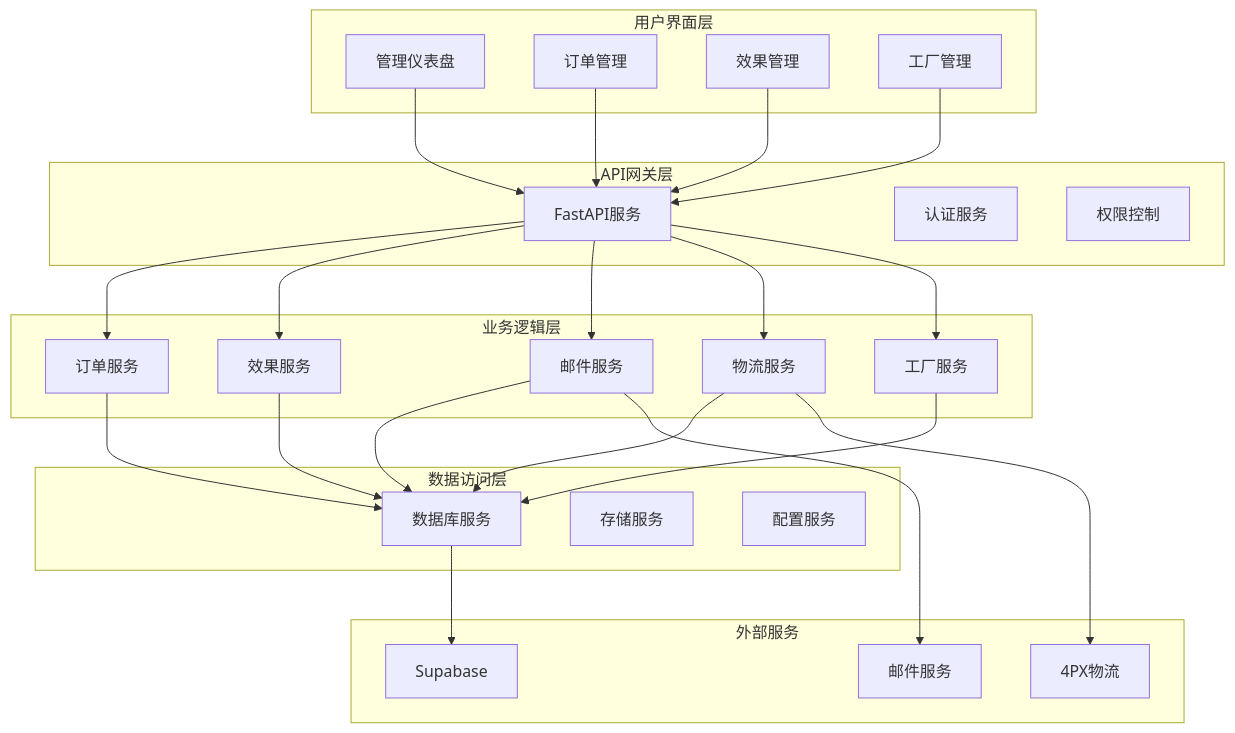
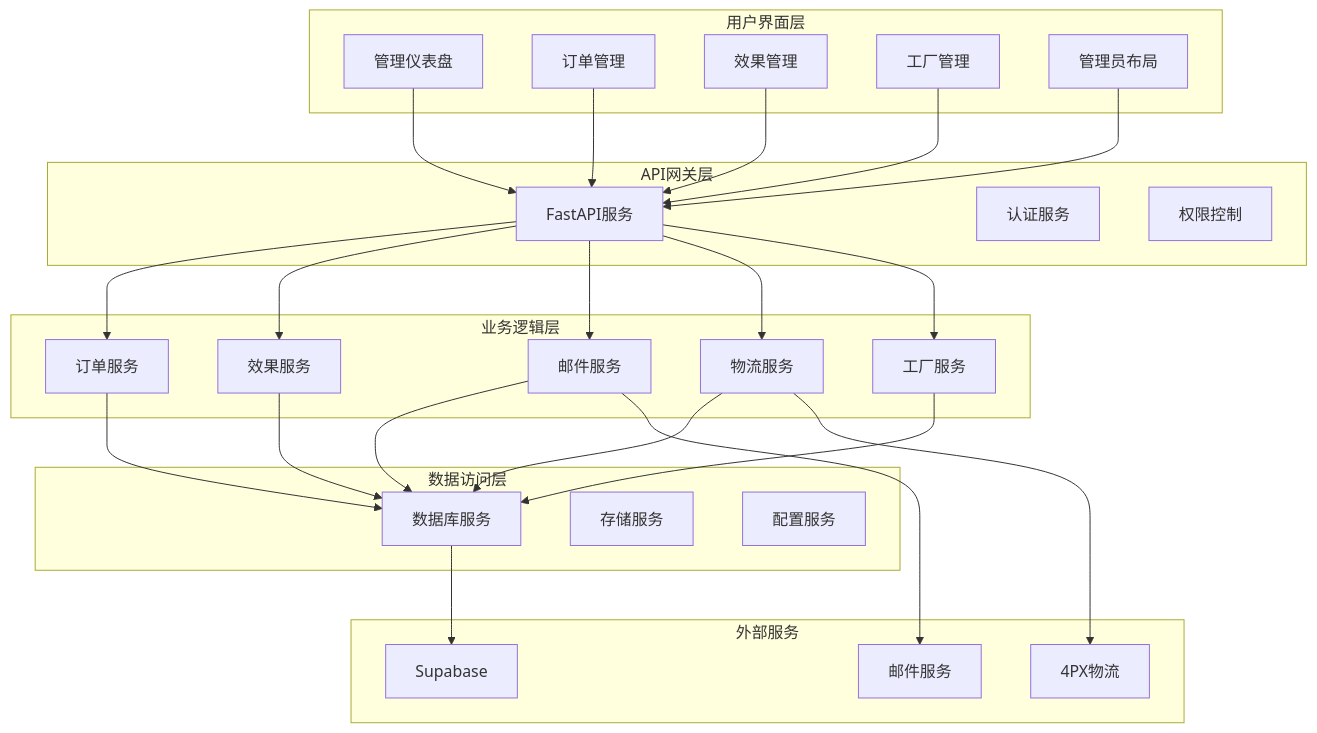
One commit to SY6621/POD-Order-Management changed the fifth of 18 diagrams in .qoder/repowiki/zh/content/开发指南/管理面板功能增强.md. Above: the diagram before and after it, drawn with Mermaid. The commit also changed other lines of this file and 18 other files, not shown here.

````diff
--- a/.qoder/repowiki/zh/content/开发指南/管理面板功能增强.md
+++ b/.qoder/repowiki/zh/content/开发指南/管理面板功能增强.md
@@ -214,48 +234,50 @@
 ```mermaid
 graph TB
 subgraph "用户界面层"
 UI1[管理仪表盘]
 UI2[订单管理]
 UI3[效果管理]
 UI4[工厂管理]
+UI5[管理员布局]
 end
 subgraph "API网关层"
 API1[FastAPI服务]
 API2[认证服务]
 API3[权限控制]
 end
 subgraph "业务逻辑层"
 BL1[订单服务]
 BL2[效果服务]
 BL3[邮件服务]
 BL4[物流服务]
 BL5[工厂服务]
 end
 subgraph "数据访问层"
 DA1[数据库服务]
 DA2[存储服务]
 DA3[配置服务]
 end
 subgraph "外部服务"
 ES1[4PX物流]
 ES2[Supabase]
 ES3[邮件服务]
 end
 UI1 --> API1
 UI2 --> API1
 UI3 --> API1
 UI4 --> API1
+UI5 --> API1
 API1 --> BL1
 API1 --> BL2
 API1 --> BL3
 API1 --> BL4
 API1 --> BL5
 BL1 --> DA1
 BL2 --> DA1
 BL3 --> DA1
 BL4 --> DA1
 BL5 --> DA1
 DA1 --> ES2
 BL4 --> ES1
 BL3 --> ES3
 ```
````
